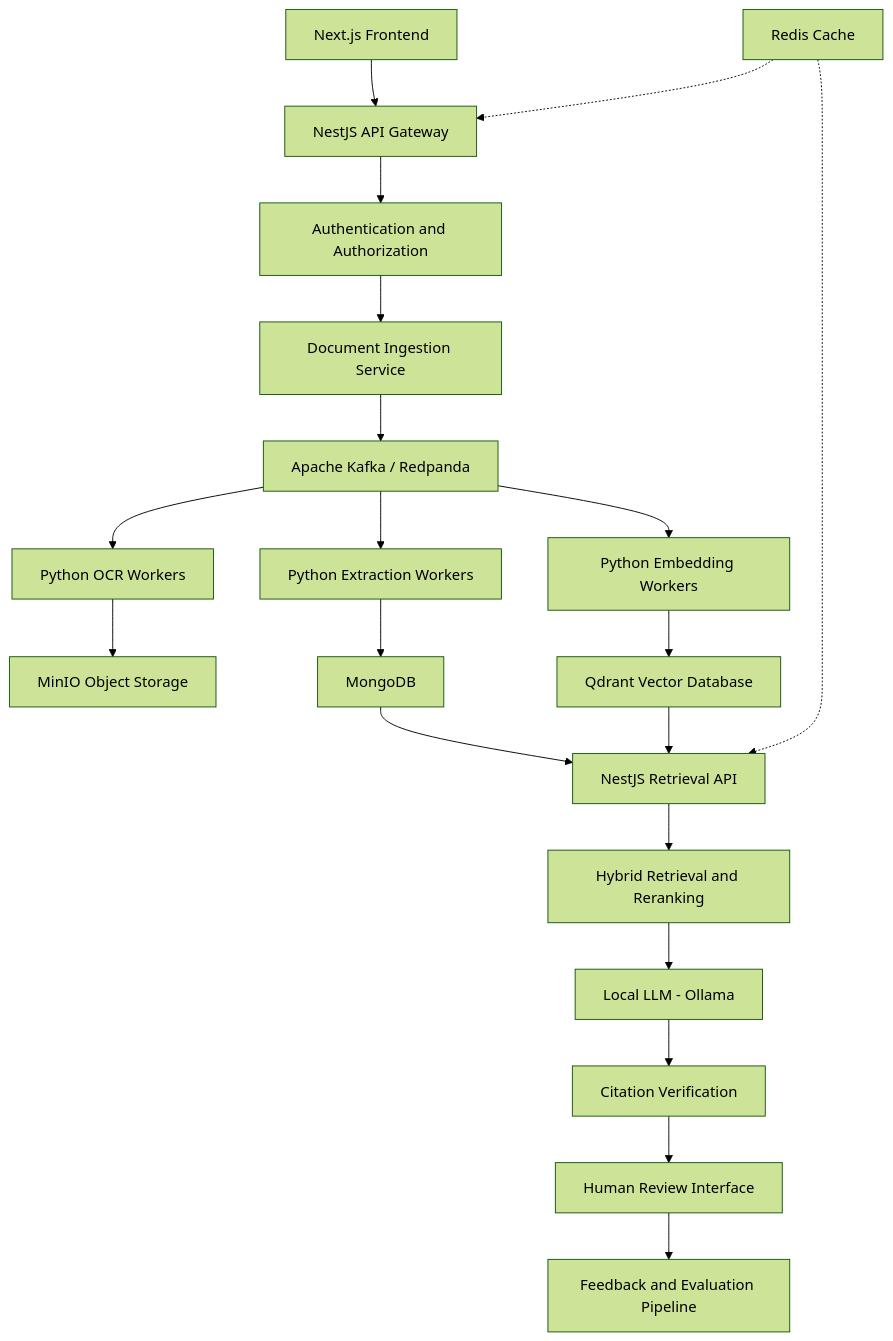
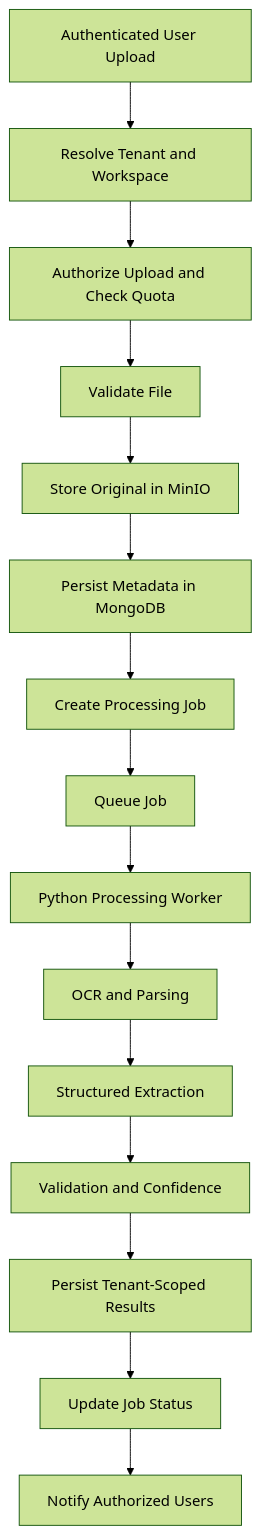
Before and after one commit to diptu/documentMind: the second of 4 diagrams in README.md, drawn with Mermaid (forest theme). The commit also changed other lines of this file, not shown here.

````diff
--- a/README.md
+++ b/README.md
@@ -47,29 +427,17 @@
-```mermaid
+``` mermaid
 flowchart TD
-    A[Next.js Frontend] --> B[NestJS API Gateway]
-    B --> C[Authentication and Authorization]
-    C --> D[Document Ingestion Service]
-
-    D --> E[Apache Kafka / Redpanda]
-
-    E --> F[Python OCR Workers]
-    E --> G[Python Extraction Workers]
-    E --> H[Python Embedding Workers]
-
-    F --> I[MinIO Object Storage]
-    G --> J[MongoDB]
-    H --> K[Qdrant Vector Database]
-
-    J --> L[NestJS Retrieval API]
-    K --> L
-
-    L --> M[Hybrid Retrieval and Reranking]
-    M --> N[Local LLM - Ollama]
-    N --> O[Citation Verification]
-
-    O --> P[Human Review Interface]
-    P --> Q[Feedback and Evaluation Pipeline]
-
-    R[Redis Cache] -.-> B
-    R -.-> L
+    A[Authenticated User Upload] --> B[Resolve Tenant and Workspace]
+    B --> C[Authorize Upload and Check Quota]
+    C --> D[Validate File]
+    D --> E[Store Original in MinIO]
+    E --> F[Persist Metadata in MongoDB]
+    F --> G[Create Processing Job]
+    G --> H[Queue Job]
+    H --> I[Python Processing Worker]
+    I --> J[OCR and Parsing]
+    J --> K[Structured Extraction]
+    K --> L[Validation and Confidence]
+    L --> M[Persist Tenant-Scoped Results]
+    M --> N[Update Job Status]
+    N --> O[Notify Authorized Users]
 ```
````
